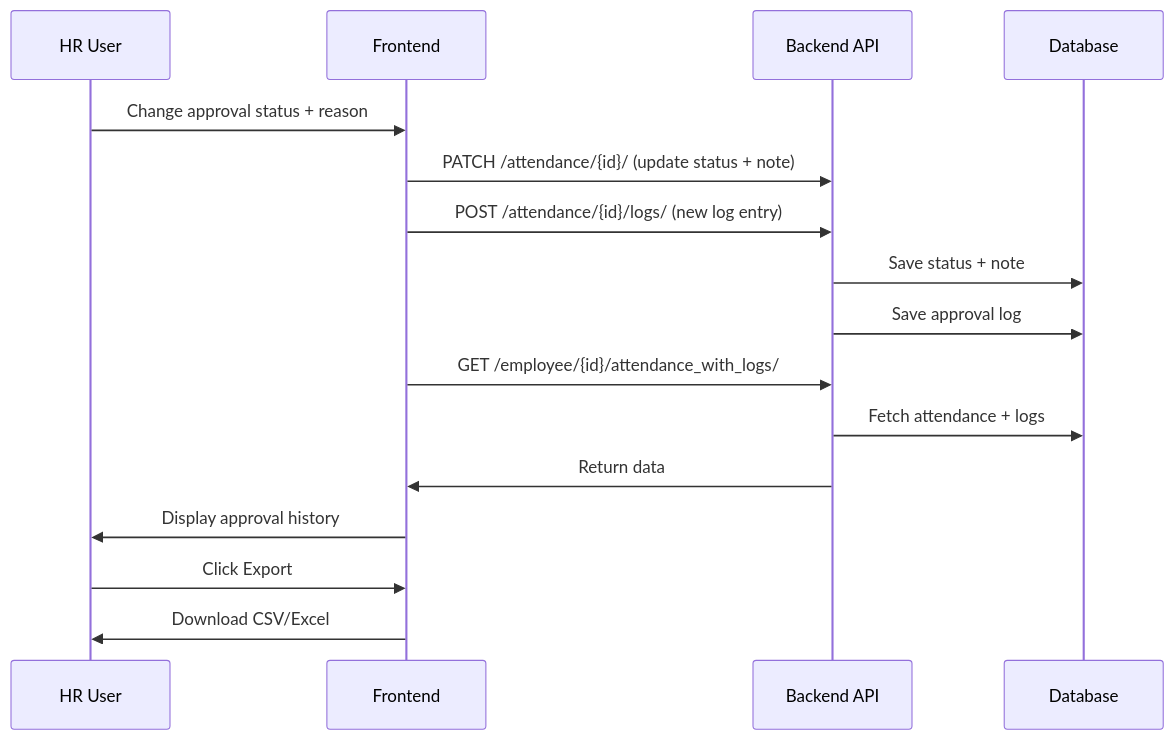
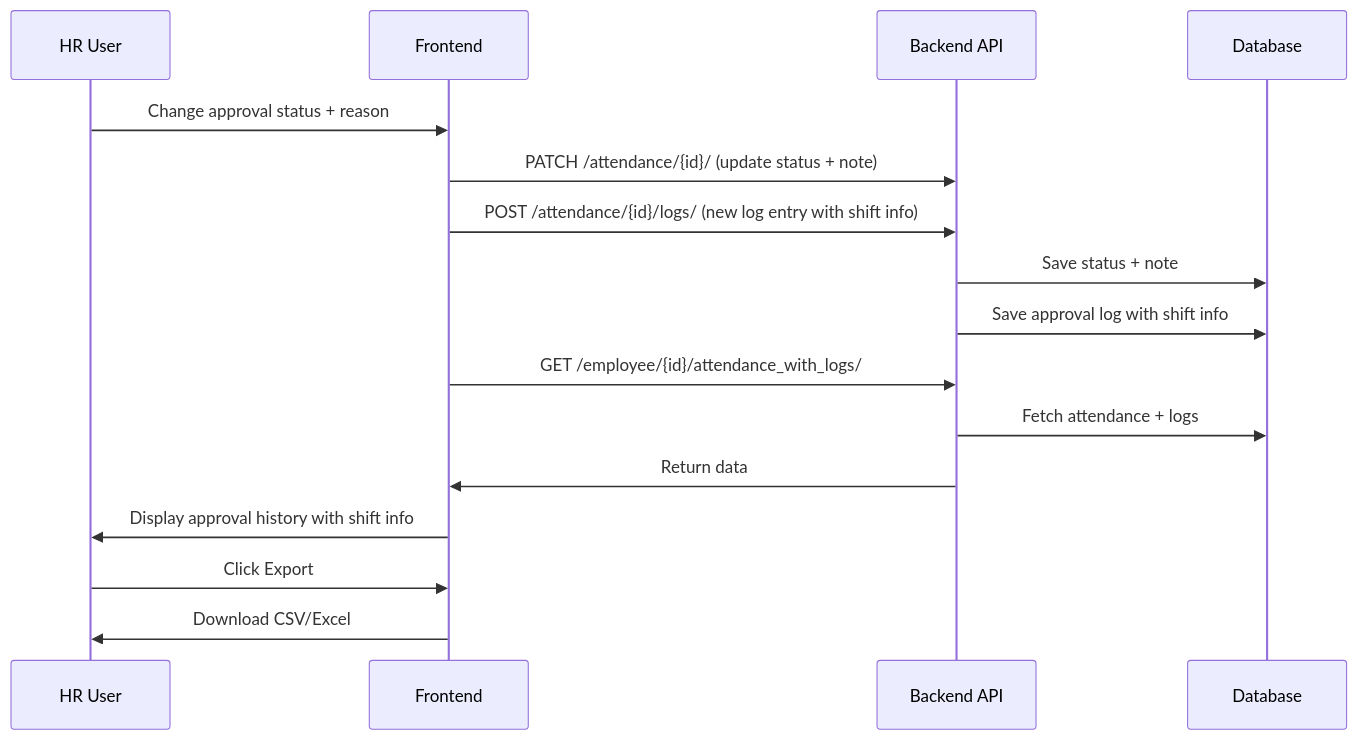
One commit to luka-radisic/iceplant-management-portal changed the diagram in HR_Attendance_Approval_Log_Plan.md. Above: the diagram before and after it, drawn with Mermaid. The commit also changed other lines of this file and 3 other files, not shown here.

Commit message:
Enhance AttendanceApprovalLog model: add shift start, end, and type fields for detailed audit trail

````diff
--- a/HR_Attendance_Approval_Log_Plan.md
+++ b/HR_Attendance_Approval_Log_Plan.md
@@ -64,19 +68,19 @@
 ```mermaid
 sequenceDiagram
     participant HR as HR User
     participant FE as Frontend
     participant API as Backend API
     participant DB as Database
 
     HR->>FE: Change approval status + reason
     FE->>API: PATCH /attendance/{id}/ (update status + note)
-    FE->>API: POST /attendance/{id}/logs/ (new log entry)
+    FE->>API: POST /attendance/{id}/logs/ (new log entry with shift info)
     API->>DB: Save status + note
-    API->>DB: Save approval log
+    API->>DB: Save approval log with shift info
     FE->>API: GET /employee/{id}/attendance_with_logs/
     API->>DB: Fetch attendance + logs
     API->>FE: Return data
-    FE->>HR: Display approval history
+    FE->>HR: Display approval history with shift info
     HR->>FE: Click Export
     FE->>HR: Download CSV/Excel
 ```
````
